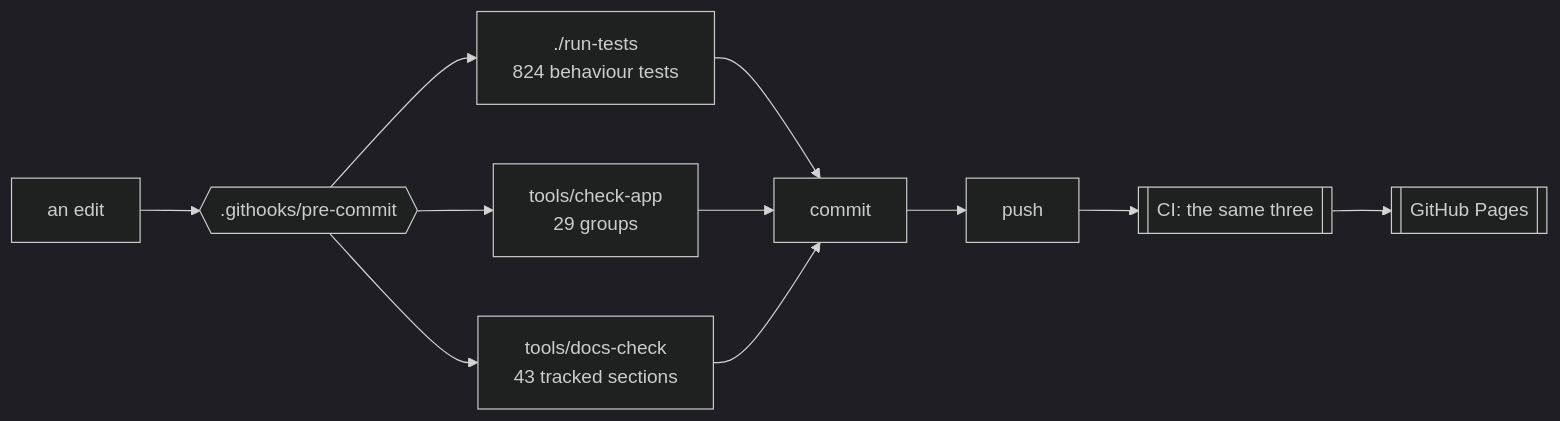
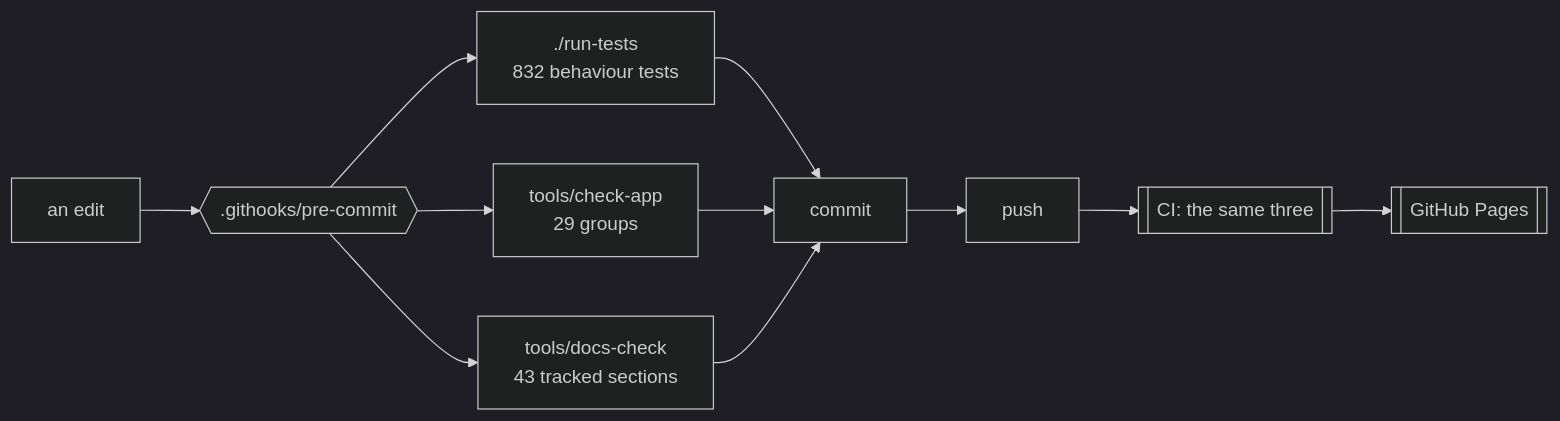
One commit to minormending/crystal-pilot-mobile changed the first of 2 diagrams in docs/DEVELOPING.md. Above: the diagram before and after it, drawn with Mermaid (dark theme). The commit also changed other lines of this file and 5 other files, not shown here.

````diff
--- a/docs/DEVELOPING.md
+++ b/docs/DEVELOPING.md
@@ -15,12 +15,12 @@
 ```mermaid
 flowchart LR
     E[an edit] --> H{{".githooks/pre-commit"}}
-    H --> T["./run-tests<br/>824 behaviour tests"]
+    H --> T["./run-tests<br/>832 behaviour tests"]
     H --> C["tools/check-app<br/>29 groups"]
     H --> D["tools/docs-check<br/>43 tracked sections"]
     T --> OK[commit]
     C --> OK
     D --> OK
     OK --> P[push] --> CI[["CI: the same three"]]
     CI --> PG[[GitHub Pages]]
 ```
````
